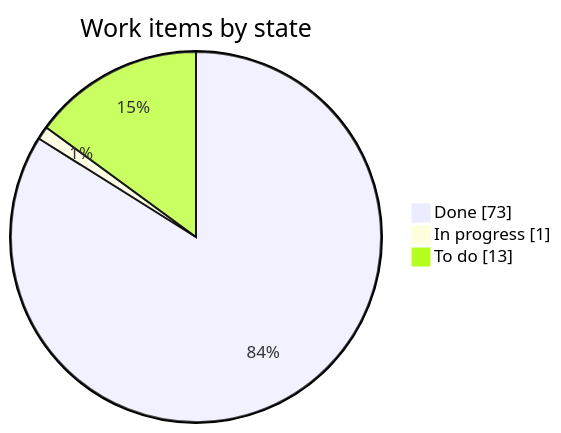
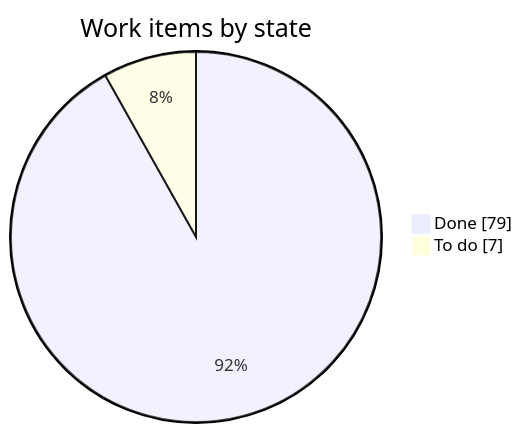
The first of 2 diagrams in STATUS.md (LoMagnette/ghost-light), drawn with Mermaid before and after one commit. The commit also changed other lines of this file, not shown here.

````diff
--- a/STATUS.md
+++ b/STATUS.md
@@ -38,7 +38,6 @@
 ```mermaid
 pie showData
     title Work items by state
-    "Done" : 73
-    "In progress" : 1
-    "To do" : 13
+    "Done" : 79
+    "To do" : 7
 ```
````
